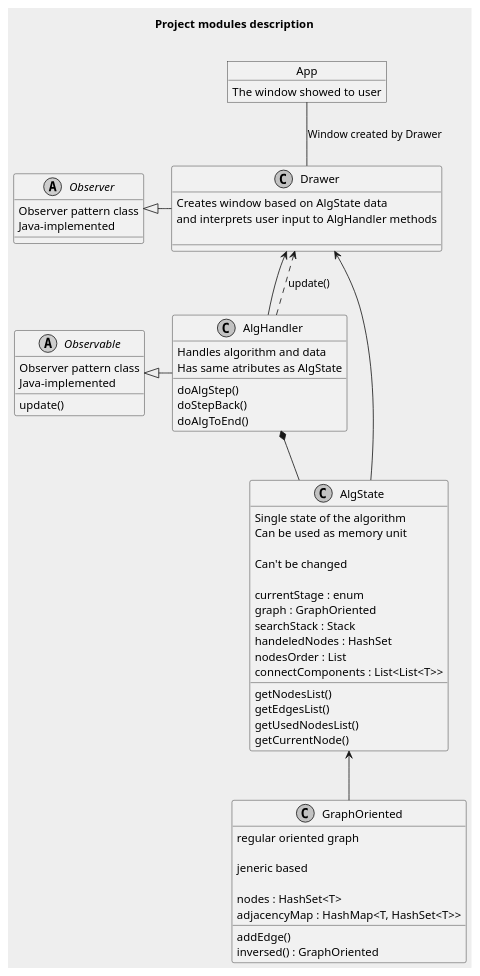
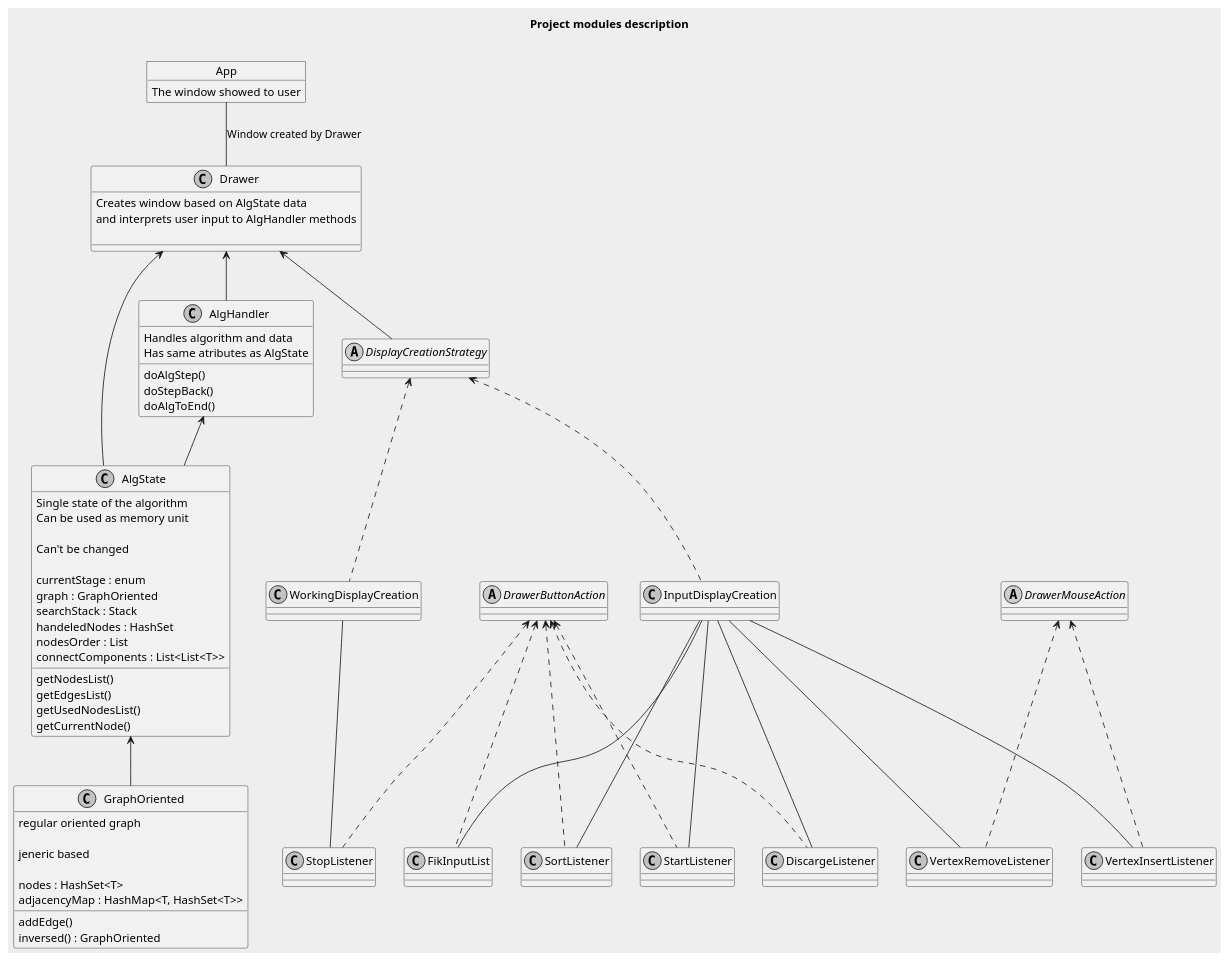
Before and after one commit to sergeyyurev/Summer_Practise_2021_group15: the diagram in Отчеты/ProjectModulesDescription.puml, drawn with PlantUML. The commit also changed 4 other files, not shown here.

```diff
--- a/Отчеты/ProjectModulesDescription.puml
+++ b/Отчеты/ProjectModulesDescription.puml
@@ -1,70 +1,100 @@
 @startuml 
 skinparam monochrome true
 skinparam backgroundColor #EEEEEE
+
+hide empty description
+
 title Project modules description\n
 
 object App
 App : The window showed to user
 
 class Drawer
 Drawer : Creates window based on AlgState data \nand interprets user input to AlgHandler methods\n
 
 class AlgHandler
 AlgHandler : Handles algorithm and data
 
 AlgHandler : Has same atributes as AlgState
 
 AlgHandler : doAlgStep()
 AlgHandler : doStepBack()
 AlgHandler : doAlgToEnd()
 
 class AlgState
 AlgState : Single state of the algorithm \nCan be used as memory unit\n
 AlgState : Can't be changed\n
 
 AlgState : currentStage : enum
 AlgState : graph : GraphOriented
 AlgState : searchStack : Stack
 AlgState : handeledNodes : HashSet
 AlgState : nodesOrder : List
 AlgState : connectComponents : List<List<T>> 
 
 AlgState : getNodesList()
 AlgState : getEdgesList()
 AlgState : getUsedNodesList()
 AlgState : getCurrentNode()
 
 
 class GraphOriented
 GraphOriented : regular oriented graph\n
 GraphOriented : jeneric based\n
 
 GraphOriented : nodes : HashSet<T>
 GraphOriented : adjacencyMap : HashMap<T, HashSet<T>>
 
 GraphOriented : addEdge()
 GraphOriented : inversed() : GraphOriented
 
 
-
-abstract class Observable
-Observable : Observer pattern class\nJava-implemented
-Observable : update()
-abstract class Observer
-Observer : Observer pattern class\nJava-implemented
-
-Observer <|- Drawer
-Observable <|- AlgHandler
-
-
 App -- Drawer : Window created by Drawer
 Drawer <-- AlgHandler
 Drawer <-- AlgState
-AlgHandler ..> Drawer : update()
-AlgHandler *-- AlgState
+AlgHandler <-- AlgState
 AlgState <-- GraphOriented
+
+/' Dima's part '/
+
+abstract class DisplayCreationStrategy
+class InputDisplayCreation
+class WorkingDisplayCreation
+
+class DiscargeListener
+class FikInputList
+class StopListener
+class VertexRemoveListener
+class SortListener
+class StartListener
+class VertexInsertListener
+
+abstract class DrawerButtonAction
+abstract class DrawerMouseAction
+
+Drawer <-- DisplayCreationStrategy
+DisplayCreationStrategy <.. InputDisplayCreation
+DisplayCreationStrategy <.. WorkingDisplayCreation
+
+WorkingDisplayCreation -- StopListener
+
+InputDisplayCreation -- DiscargeListener
+InputDisplayCreation -- FikInputList
+InputDisplayCreation -- VertexRemoveListener
+InputDisplayCreation -- SortListener
+InputDisplayCreation -- StartListener
+InputDisplayCreation -- VertexInsertListener
+
+DrawerButtonAction <.. DiscargeListener
+DrawerButtonAction <.. SortListener
+DrawerButtonAction <.. StartListener
+DrawerButtonAction <.. FikInputList
+DrawerButtonAction <.. StopListener
+
+DrawerMouseAction <.. VertexRemoveListener
+DrawerMouseAction <.. VertexInsertListener
 
 
 
 
 @enduml
```
